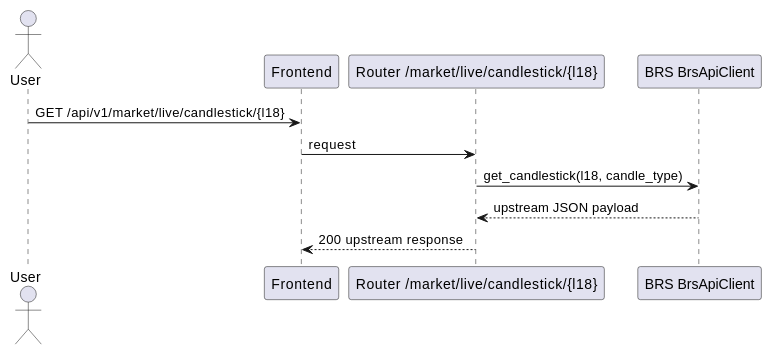
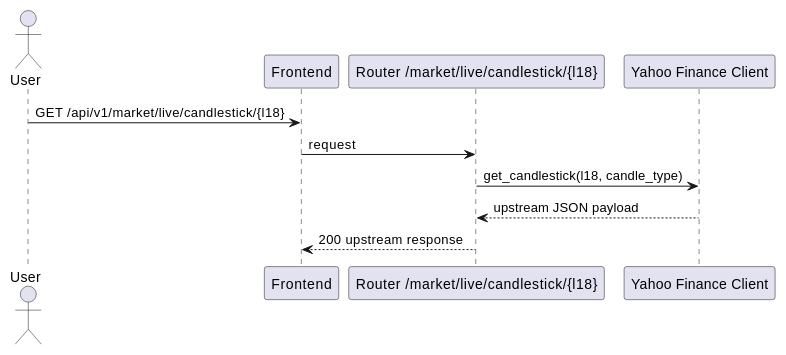
One commit to Shakour-Data/BedaanWaves changed the fourth of 4 diagrams in docs/diagrams/uml/level_4_sequences.md. Above: the diagram before and after it, drawn with PlantUML. The commit also changed 51 other files, not shown here.

````diff
--- a/docs/diagrams/uml/level_4_sequences.md
+++ b/docs/diagrams/uml/level_4_sequences.md
@@ -79,14 +79,14 @@
 ```plantuml
 @startuml
 actor User
 participant "Frontend" as FE
 participant "Router /market/live/candlestick/{l18}" as R
-participant "BRS BrsApiClient" as BRS
+participant "Yahoo Finance Client" as YF
 
 User -> FE : GET /api/v1/market/live/candlestick/{l18}
 FE -> R : request
-R -> BRS : get_candlestick(l18, candle_type)
-BRS --> R : upstream JSON payload
+R -> YF : get_candlestick(l18, candle_type)
+YF --> R : upstream JSON payload
 R --> FE : 200 upstream response
 @enduml
 ```
````
